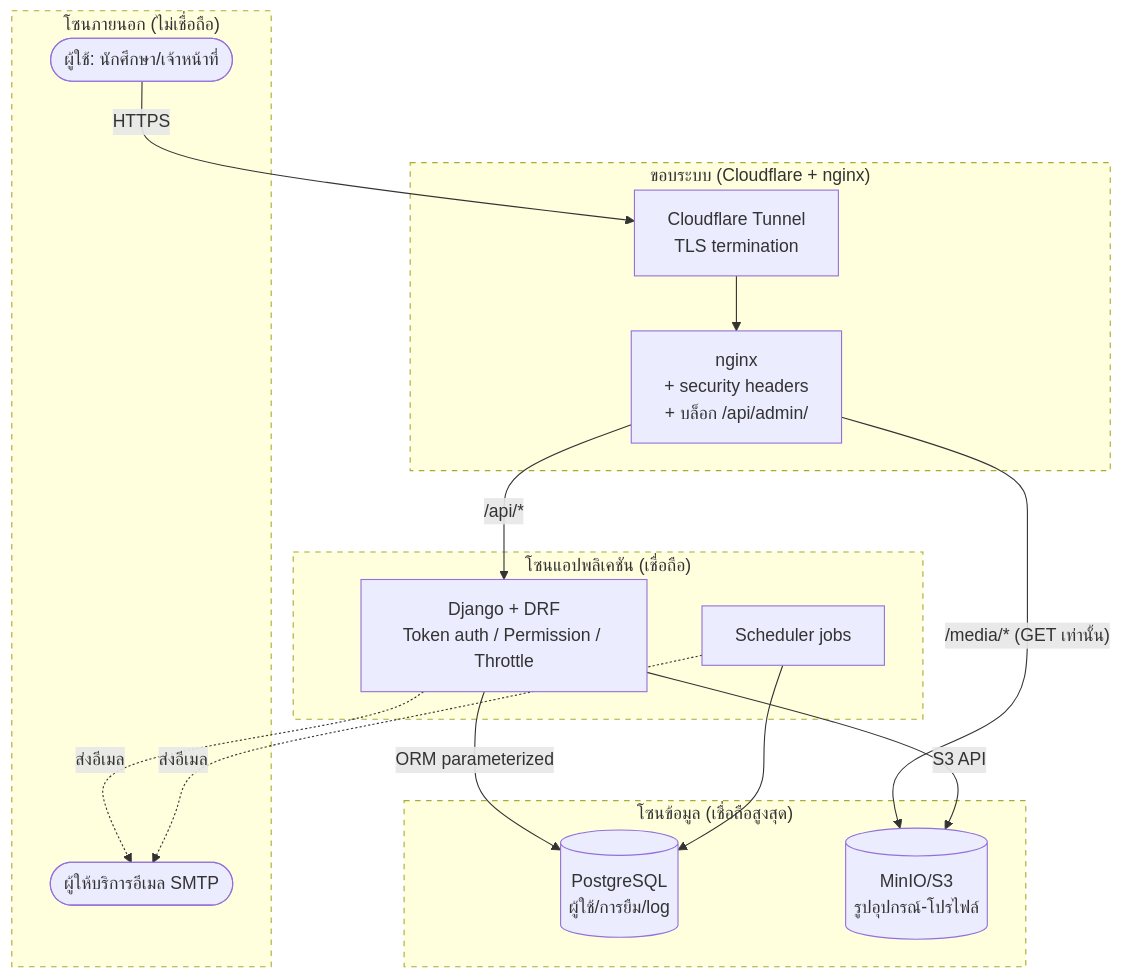
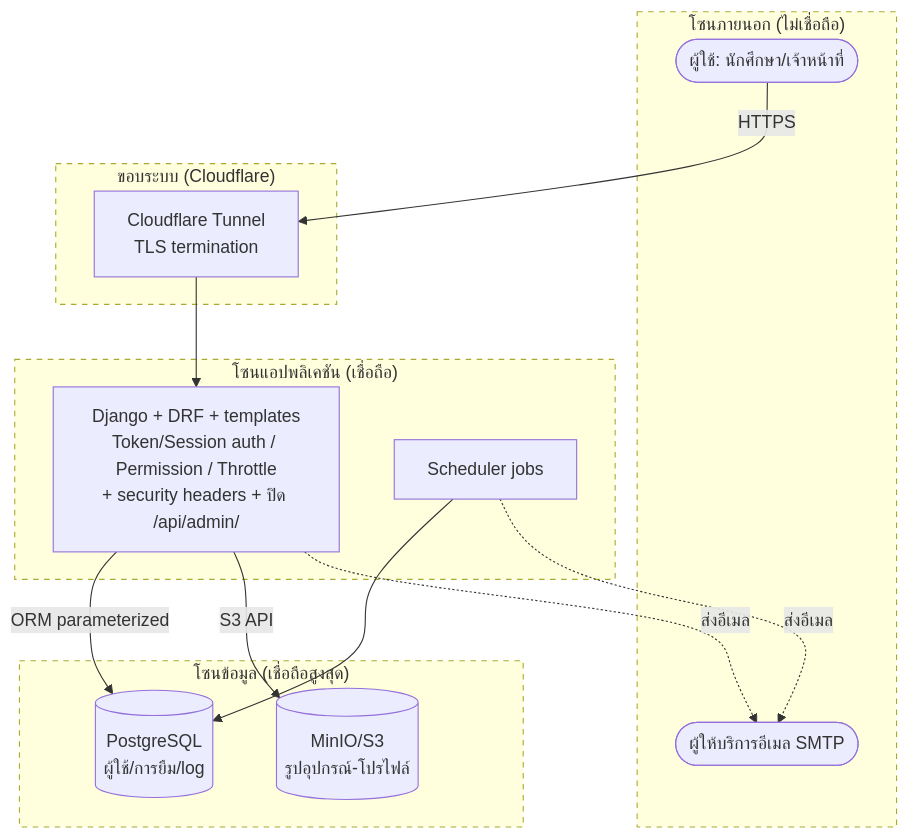
Before and after one commit to Parkjindream/it-device-borrowing-system: the first of 2 diagrams in docs/presentation/06-threat-analysis.md, drawn with Mermaid. The commit also changed other lines of this file and 9 other files, not shown here.

````diff
--- a/docs/presentation/06-threat-analysis.md
+++ b/docs/presentation/06-threat-analysis.md
@@ -7,34 +7,31 @@
 ```mermaid
 flowchart TB
     subgraph EXT[" โซนภายนอก (ไม่เชื่อถือ) "]
         U([ผู้ใช้: นักศึกษา/เจ้าหน้าที่])
         SMTP([ผู้ให้บริการอีเมล SMTP])
     end
 
-    subgraph EDGE[" ขอบระบบ (Cloudflare + nginx) "]
+    subgraph EDGE[" ขอบระบบ (Cloudflare) "]
         CF[Cloudflare Tunnel\nTLS termination]
-        N[nginx\n+ security headers\n+ บล็อก /api/admin/]
     end
 
     subgraph APP[" โซนแอปพลิเคชัน (เชื่อถือ) "]
-        B[Django + DRF\nToken auth / Permission / Throttle]
+        B[Django + DRF + templates\nToken/Session auth / Permission / Throttle\n+ security headers + ปิด /api/admin/]
         SCH[Scheduler jobs]
     end
 
     subgraph DATA[" โซนข้อมูล (เชื่อถือสูงสุด) "]
         DB[(PostgreSQL\nผู้ใช้/การยืม/log)]
         M[(MinIO/S3\nรูปอุปกรณ์-โปรไฟล์)]
     end
 
-    U -->|HTTPS| CF --> N
-    N -->|"/api/*"| B
-    N -->|"/media/* (GET เท่านั้น)"| M
+    U -->|HTTPS| CF --> B
     B -->|ORM parameterized| DB
     B -->|S3 API| M
     SCH --> DB
     B -. ส่งอีเมล .-> SMTP
     SCH -. ส่งอีเมล .-> SMTP
 
     classDef boundary stroke-dasharray:5 5
     class EXT,EDGE,APP,DATA boundary
 ```
````
